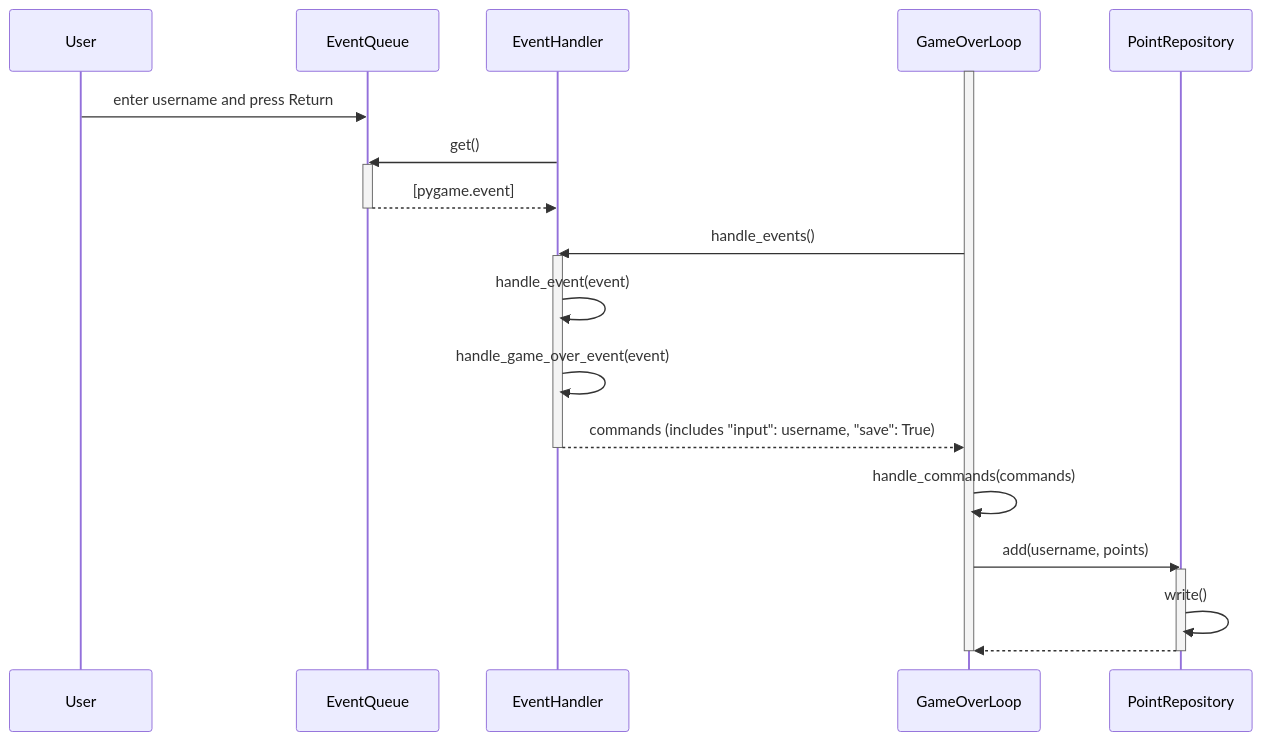
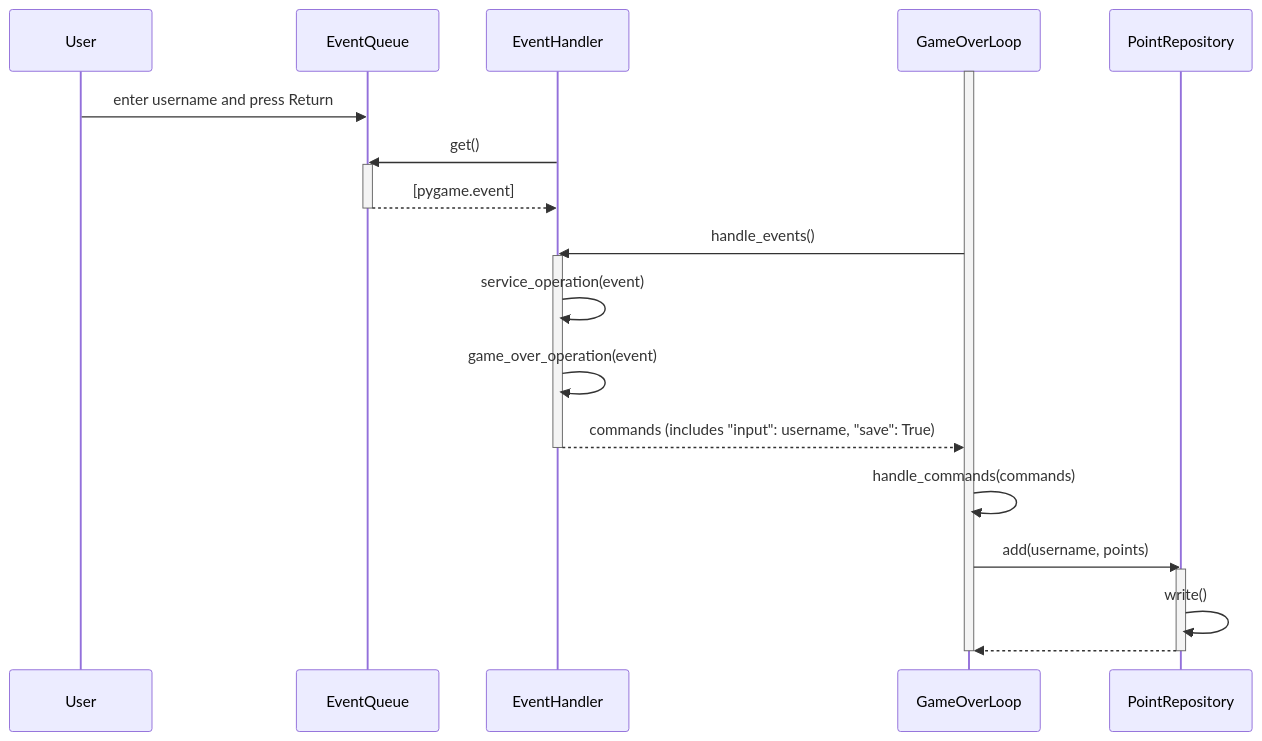
Before and after one commit to tjunttil/ot-harjoitustyo: the third of 3 diagrams in dokumentaatio/arkkitehtuuri.md, drawn with Mermaid. The commit also changed other lines of this file, not shown here.

````diff
--- a/dokumentaatio/arkkitehtuuri.md
+++ b/dokumentaatio/arkkitehtuuri.md
@@ -99,43 +99,43 @@
 ```mermaid
 
 sequenceDiagram
 
     activate GameOverLoop
   
     User ->> EventQueue: enter username and press Return
      
     EventHandler ->> EventQueue: get()
     
     activate EventQueue
     
     EventQueue -->> EventHandler: [pygame.event]
     
     deactivate EventQueue
     
     GameOverLoop ->> EventHandler: handle_events()
     
     activate EventHandler
     
-    EventHandler ->> EventHandler: handle_event(event)
+    EventHandler ->> EventHandler: service_operation(event)
     
-    EventHandler ->> EventHandler: handle_game_over_event(event)
+    EventHandler ->> EventHandler: game_over_operation(event)
     
     EventHandler -->> GameOverLoop: commands (includes "input": username, "save": True)
     
     deactivate EventHandler
     
     GameOverLoop ->> GameOverLoop: handle_commands(commands)
     
     GameOverLoop ->> PointRepository: add(username, points)
     
     activate PointRepository
     
     PointRepository ->> PointRepository: write()
     
     PointRepository -->> GameOverLoop: 
     
     deactivate PointRepository
     
     deactivate GameOverLoop
     
 ```
````
